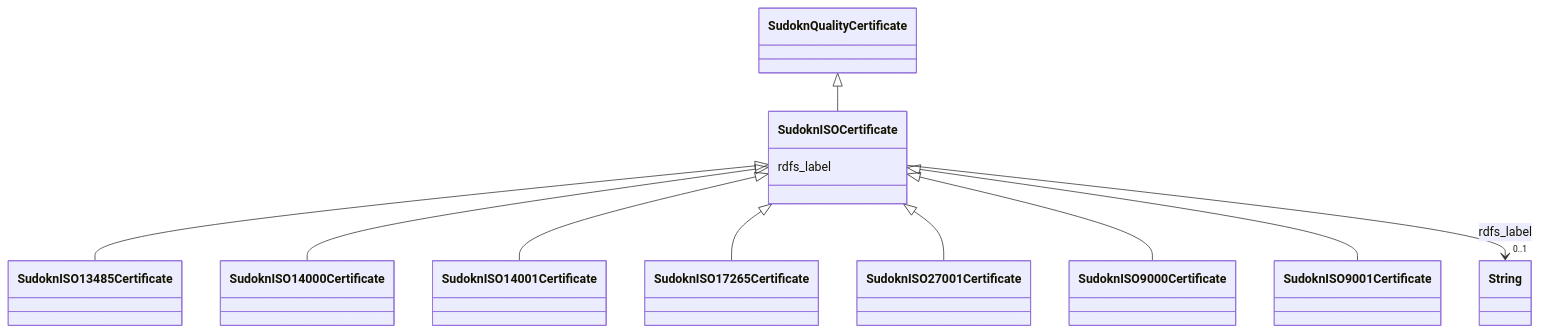
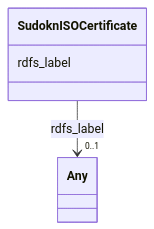
Before and after one commit to frink-okn/graph-descriptions: the diagram in sudokn-kg/classes/SudoknISOCertificate.md, drawn with Mermaid. The commit also changed other lines of this file and 903 other files, not shown here.

````diff
--- a/sudokn-kg/classes/SudoknISOCertificate.md
+++ b/sudokn-kg/classes/SudoknISOCertificate.md
@@ -23,35 +18,15 @@
 ```mermaid
  classDiagram
     class SudoknISOCertificate
     click SudoknISOCertificate href "../SudoknISOCertificate"
-      SudoknQualityCertificate <|-- SudoknISOCertificate
-        click SudoknQualityCertificate href "../SudoknQualityCertificate"
-      
-
-      SudoknISOCertificate <|-- SudoknISO13485Certificate
-        click SudoknISO13485Certificate href "../SudoknISO13485Certificate"
-      SudoknISOCertificate <|-- SudoknISO14000Certificate
-        click SudoknISO14000Certificate href "../SudoknISO14000Certificate"
-      SudoknISOCertificate <|-- SudoknISO14001Certificate
-        click SudoknISO14001Certificate href "../SudoknISO14001Certificate"
-      SudoknISOCertificate <|-- SudoknISO17265Certificate
-        click SudoknISO17265Certificate href "../SudoknISO17265Certificate"
-      SudoknISOCertificate <|-- SudoknISO27001Certificate
-        click SudoknISO27001Certificate href "../SudoknISO27001Certificate"
-      SudoknISOCertificate <|-- SudoknISO9000Certificate
-        click SudoknISO9000Certificate href "../SudoknISO9000Certificate"
-      SudoknISOCertificate <|-- SudoknISO9001Certificate
-        click SudoknISO9001Certificate href "../SudoknISO9001Certificate"
-      
-      
       SudoknISOCertificate : rdfs_label
         
           
     
     
-    SudoknISOCertificate --> "0..1" String : rdfs_label
-    click String href "../String"
+    SudoknISOCertificate --> "0..1" Any : rdfs_label
+    click Any href "../Any"
 
         
       
 ```
````
